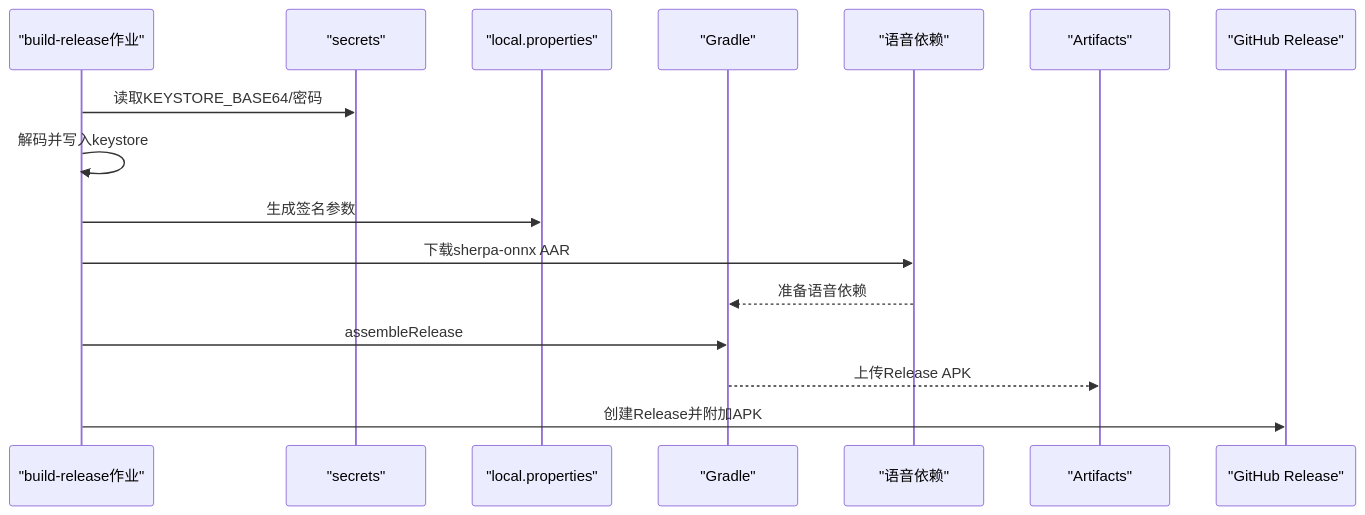
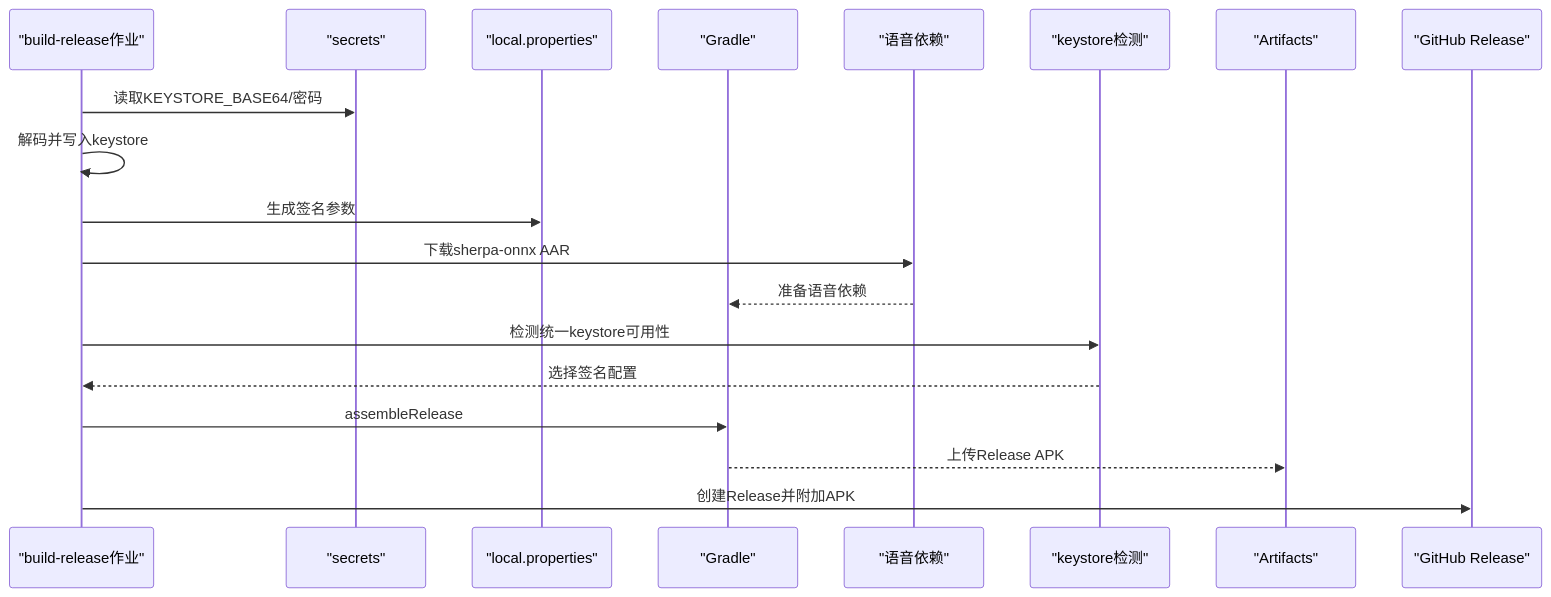
Before and after one commit to guuyn/OpenClaw-Android: the fourth of 5 diagrams in .qoder/repowiki/zh/content/构建与部署/CI_CD流水线.md, drawn with Mermaid. The commit also changed other lines of this file and 5 other files, not shown here.

````diff
--- a/.qoder/repowiki/zh/content/构建与部署/CI_CD流水线.md
+++ b/.qoder/repowiki/zh/content/构建与部署/CI_CD流水线.md
@@ -209,18 +237,21 @@
 ```mermaid
 sequenceDiagram
 participant REL as "build-release作业"
 participant SEC as "secrets"
 participant LP as "local.properties"
 participant GR as "Gradle"
 participant VOICE as "语音依赖"
+participant KEYSTORE as "keystore检测"
 participant ART as "Artifacts"
 participant GH as "GitHub Release"
 REL->>SEC : 读取KEYSTORE_BASE64/密码
 REL->>REL : 解码并写入keystore
 REL->>LP : 生成签名参数
 REL->>VOICE : 下载sherpa-onnx AAR
 VOICE-->>GR : 准备语音依赖
+REL->>KEYSTORE : 检测统一keystore可用性
+KEYSTORE-->>REL : 选择签名配置
 REL->>GR : assembleRelease
 GR-->>ART : 上传Release APK
 REL->>GH : 创建Release并附加APK
 ```
````
